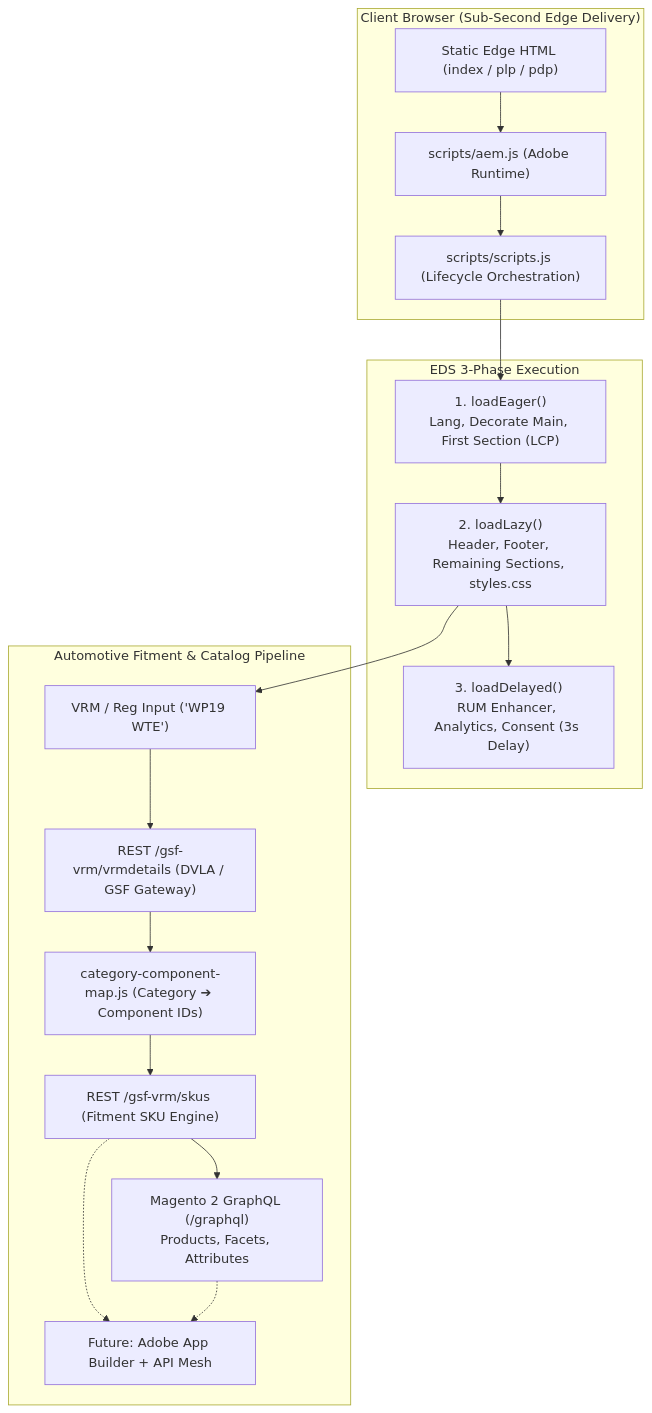
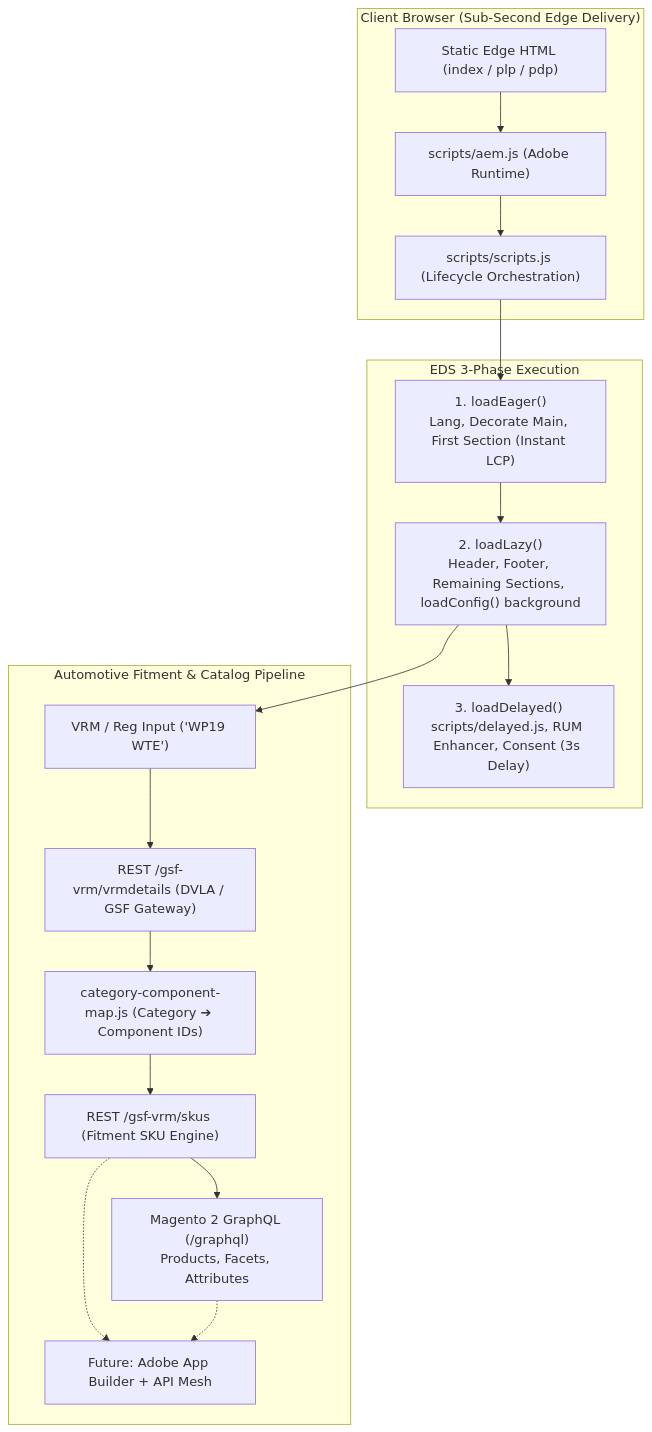
The diagram in EDS_STANDARDS_REVIEW.md (prateek654321/gsf-poc), drawn with Mermaid before and after one commit. The commit also changed other lines of this file and 17 other files, not shown here.

Commit message:
fix: resolve all Adobe Edge Delivery Services standards findings (LCP eager lifecycle, delayed phase, category caching, block encapsulation, and unit tests)

````diff
--- a/EDS_STANDARDS_REVIEW.md
+++ b/EDS_STANDARDS_REVIEW.md
@@ -32,30 +32,30 @@
 ```mermaid
 flowchart TD
     subgraph Browser ["Client Browser (Sub-Second Edge Delivery)"]
         HTML["Static Edge HTML (index / plp / pdp)"]
         AEM["scripts/aem.js (Adobe Runtime)"]
         SCRIPTS["scripts/scripts.js (Lifecycle Orchestration)"]
     end
 
     subgraph Lifecycle ["EDS 3-Phase Execution"]
-        Eager["1. loadEager()<br/>Lang, Decorate Main, First Section (LCP)"]
-        Lazy["2. loadLazy()<br/>Header, Footer, Remaining Sections, styles.css"]
-        Delayed["3. loadDelayed()<br/>RUM Enhancer, Analytics, Consent (3s Delay)"]
+        Eager["1. loadEager()<br/>Lang, Decorate Main, First Section (Instant LCP)"]
+        Lazy["2. loadLazy()<br/>Header, Footer, Remaining Sections, loadConfig() background"]
+        Delayed["3. loadDelayed()<br/>scripts/delayed.js, RUM Enhancer, Consent (3s Delay)"]
     end
 
     subgraph Fitment ["Automotive Fitment & Catalog Pipeline"]
         VRM_Input["VRM / Reg Input ('WP19 WTE')"]
         DVLA_REST["REST /gsf-vrm/vrmdetails (DVLA / GSF Gateway)"]
         CatMap["category-component-map.js (Category ➔ Component IDs)"]
         SKU_API["REST /gsf-vrm/skus (Fitment SKU Engine)"]
         GQL["Magento 2 GraphQL (/graphql)<br/>Products, Facets, Attributes"]
         Mesh["Future: Adobe App Builder + API Mesh"]
     end
 
     HTML --> AEM --> SCRIPTS
     SCRIPTS --> Eager --> Lazy --> Delayed
     Lazy --> VRM_Input
     VRM_Input --> DVLA_REST --> CatMap --> SKU_API --> GQL
     SKU_API -.-> Mesh
     GQL -.-> Mesh
 ```
````
